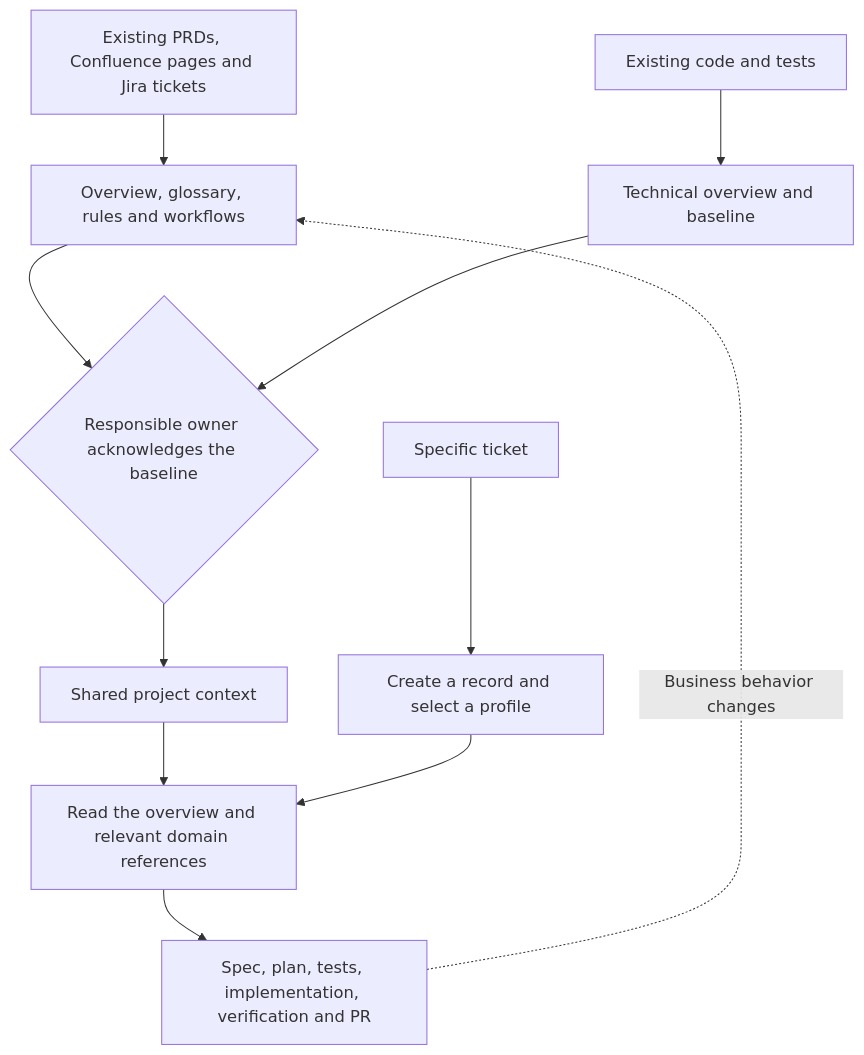
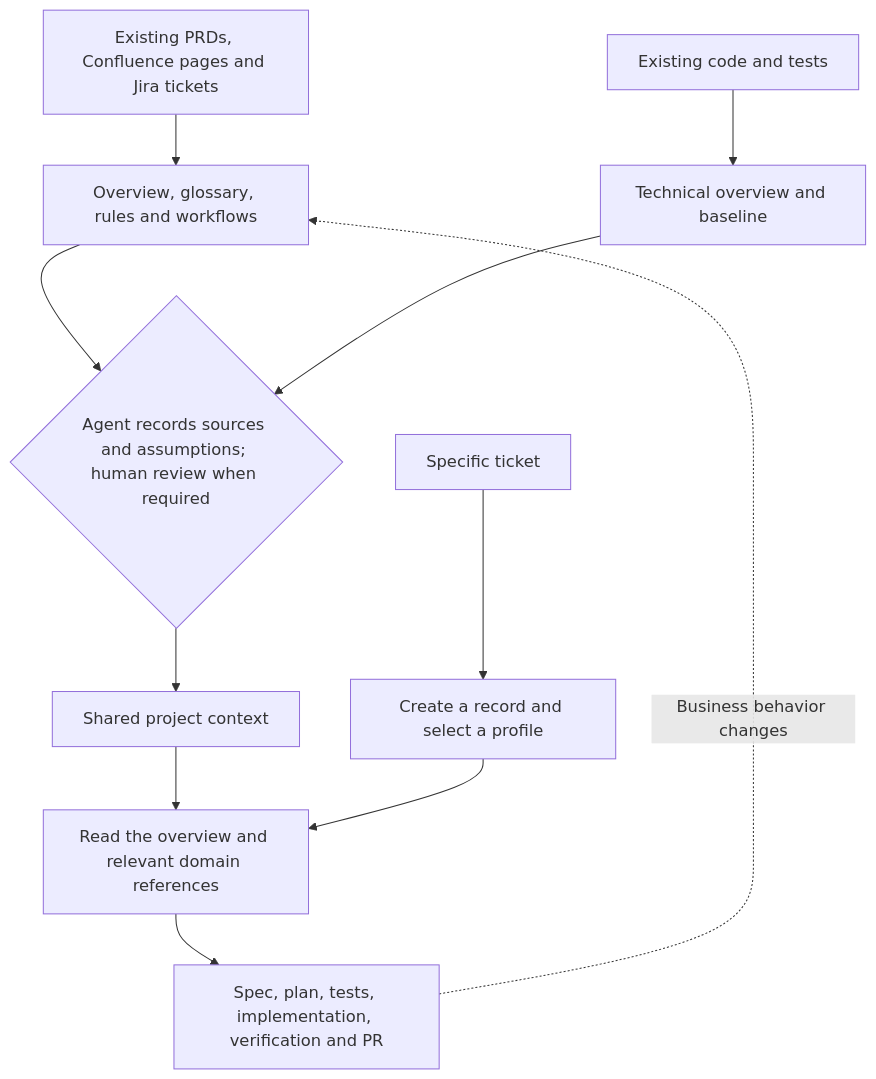
One commit to qucuongdev/spec-driven-ai changed the first of 4 diagrams in .aidlc/docs/WORKFLOW.md. Above: the diagram before and after it, drawn with Mermaid. The commit also changed other lines of this file and 118 other files, not shown here.

````diff
--- a/.aidlc/docs/WORKFLOW.md
+++ b/.aidlc/docs/WORKFLOW.md
@@ -15,13 +15,13 @@
 ```mermaid
 flowchart TD
     sources["Existing PRDs, Confluence pages and Jira tickets"] --> business["Overview, glossary, rules and workflows"]
     code["Existing code and tests"] --> technical["Technical overview and baseline"]
-    business --> approval{"Responsible owner acknowledges the baseline"}
+    business --> approval{"Agent records sources and assumptions; human review when required"}
     technical --> approval
     approval --> knowledge["Shared project context"]
     ticket["Specific ticket"] --> intake["Create a record and select a profile"]
     knowledge --> analysis["Read the overview and relevant domain references"]
     intake --> analysis
     analysis --> delivery["Spec, plan, tests, implementation, verification and PR"]
     delivery -.->|Business behavior changes| business
 ```
````
